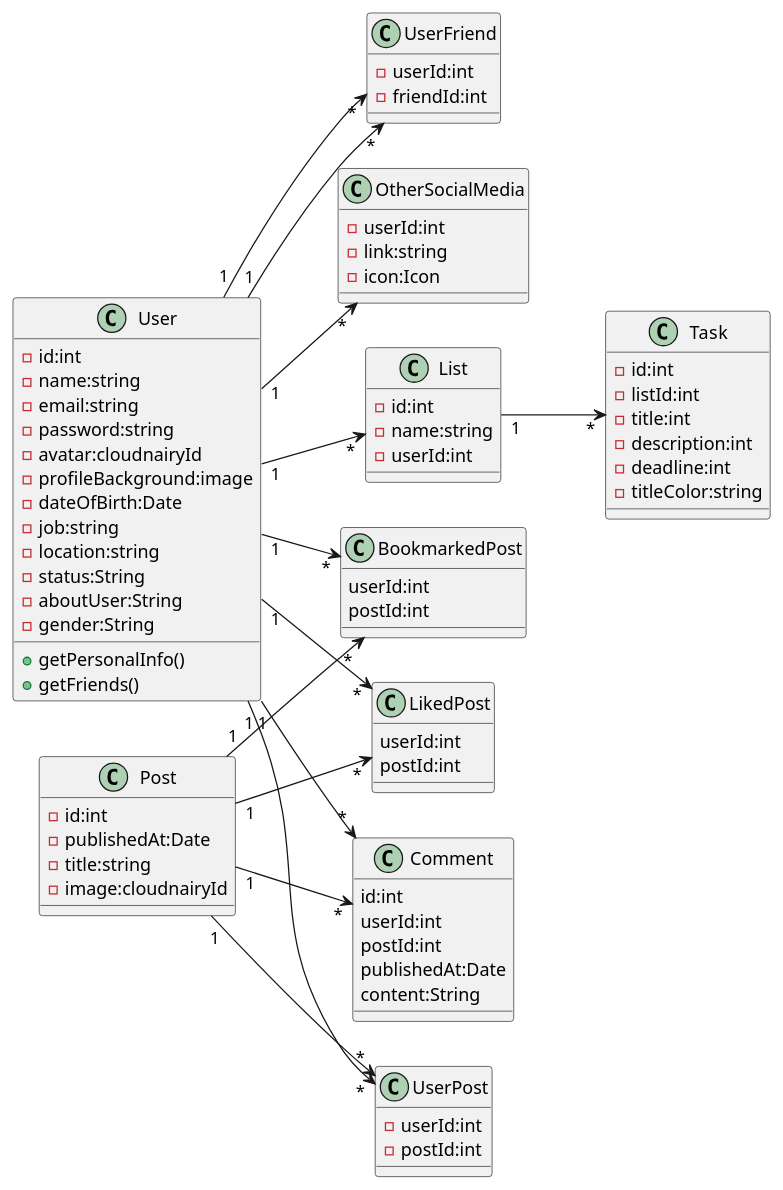
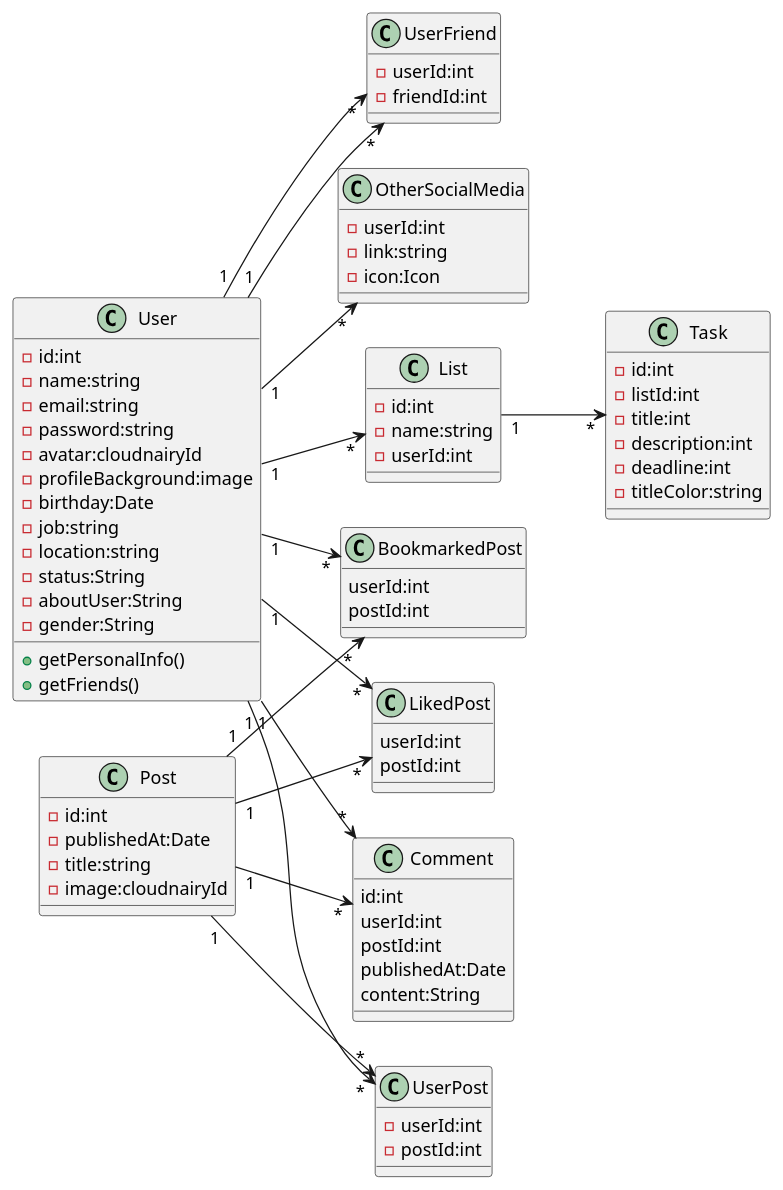
One commit to Abdulrahman-AL-Sabagh/portfolio_project changed the diagram in portfolio_project/project_plan.puml. Above: the diagram before and after it, drawn with PlantUML. The commit also changed 37 other files, not shown here.

```diff
--- a/portfolio_project/project_plan.puml
+++ b/portfolio_project/project_plan.puml
@@ -1,95 +1,95 @@
 @startuml
 left to right direction
 class User{
     -id:int
     -name:string
     -email:string
     -password:string
     -avatar:cloudnairyId
     -profileBackground:image
-    -dateOfBirth:Date
+    -birthday:Date
     -job:string
     -location:string
     -status:String
     -aboutUser:String
     -gender:String
 
 
     +getPersonalInfo()
     +getFriends()
     
 }
 
 
 
 class UserFriend{
     -userId:int
     -friendId:int
 
 }
 class OtherSocialMedia {
     -userId:int
     -link:string
     -icon:Icon
 }
 class Post{
     -id:int
     -publishedAt:Date
     -title:string
     -image:cloudnairyId
 }
 class UserPost{
     -userId:int
     -postId:int
 }
 
 
 class List {
     -id:int
     -name:string
     -userId:int
 }
 class Task{
     -id:int
     -listId:int
     -title:int
     -description:int
     -deadline:int
     -titleColor:string
 }
 class BookmarkedPost{
     userId:int
     postId:int
 }
 class LikedPost{
     userId:int
     postId:int
 
 }
 
 
 class Comment {
     id:int
     userId:int
     postId:int
     publishedAt:Date
     content:String 
 }
 
 User "1" --> "*" List
 User "1" --> "*" UserPost
 User "1" --> "*" BookmarkedPost
 User "1" --> "*" OtherSocialMedia
 User "1" --> "*" UserFriend
 User "1" --> "*"LikedPost
 User "1" --> "*" Comment
 Post "1" --> "*" Comment
 UserFriend "*" <-- "1" User
 Post "1" --> "*" UserPost
 Post "1" --> "*" BookmarkedPost
 Post "1" --> "*" LikedPost
 
 List "1" --> "*" Task
 
 
 @enduml
```
